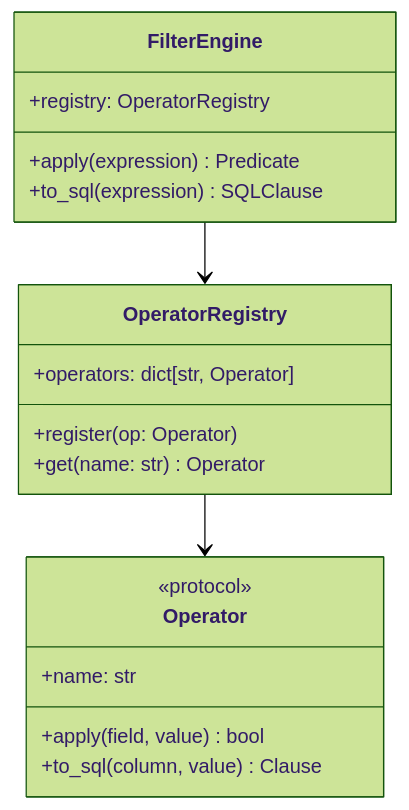
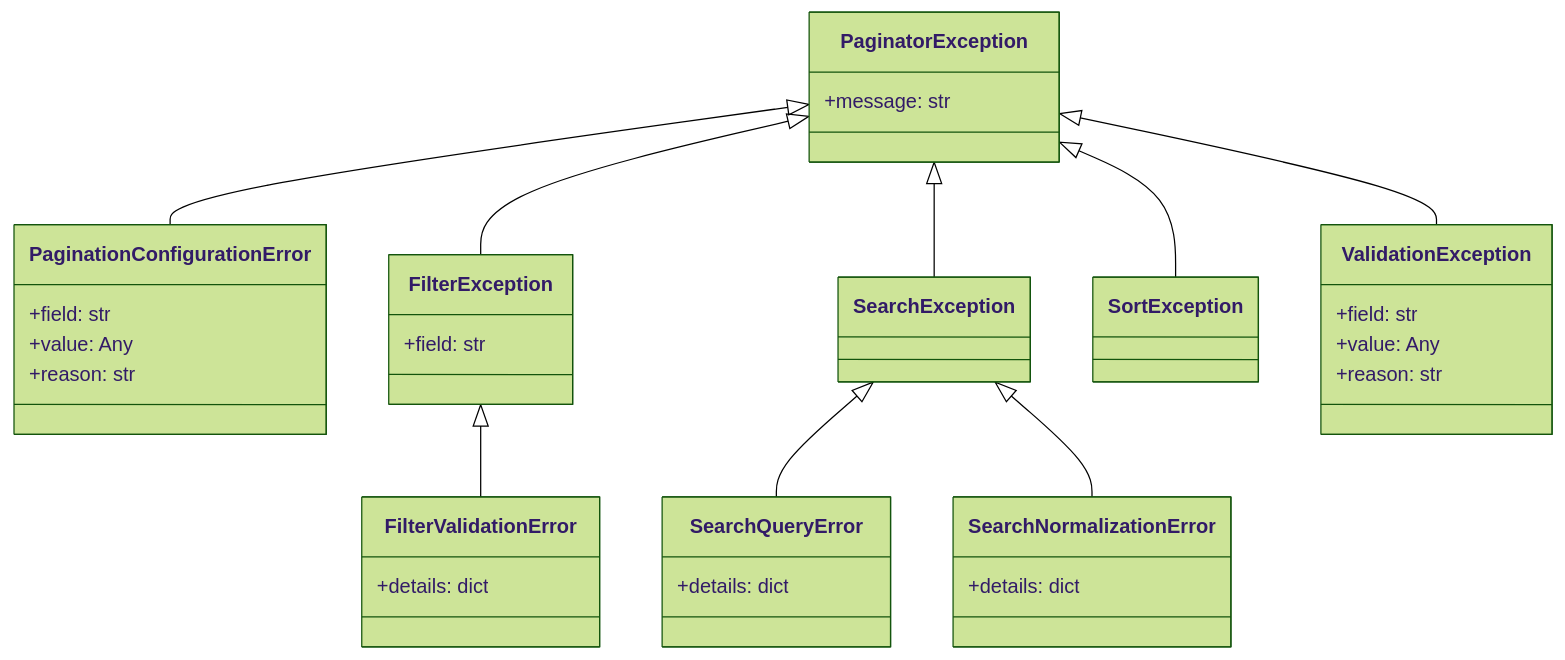
The third of 9 diagrams in docs/concepts/architecture.md (CybLow/paginate), drawn with Mermaid (forest theme) before and after one commit. The commit also changed other lines of this file and 196 other files, not shown here.

````diff
--- a/docs/concepts/architecture.md
+++ b/docs/concepts/architecture.md
@@ -143,24 +257,47 @@
-```mermaid
+```{mermaid}
 classDiagram
-    class FilterEngine {
-        +registry: OperatorRegistry
-        +apply(expression) Predicate
-        +to_sql(expression) SQLClause
+    class PaginatorException {
+        +message: str
     }
-    
-    class OperatorRegistry {
-        +operators: dict[str, Operator]
-        +register(op: Operator)
-        +get(name: str) Operator
+
+    class PaginationConfigurationError {
+        +field: str
+        +value: Any
+        +reason: str
     }
-    
-    class Operator {
-        <<protocol>>
-        +name: str
-        +apply(field, value) bool
-        +to_sql(column, value) Clause
+
+    class FilterException {
+        +field: str
     }
-    
-    FilterEngine --> OperatorRegistry
-    OperatorRegistry --> Operator
+
+    class FilterValidationError {
+        +details: dict
+    }
+
+    class SearchException
+
+    class SearchQueryError {
+        +details: dict
+    }
+
+    class SearchNormalizationError {
+        +details: dict
+    }
+
+    class SortException
+
+    class ValidationException {
+        +field: str
+        +value: Any
+        +reason: str
+    }
+
+    PaginatorException <|-- PaginationConfigurationError
+    PaginatorException <|-- FilterException
+    FilterException <|-- FilterValidationError
+    PaginatorException <|-- SearchException
+    SearchException <|-- SearchQueryError
+    SearchException <|-- SearchNormalizationError
+    PaginatorException <|-- SortException
+    PaginatorException <|-- ValidationException
 ```
````
